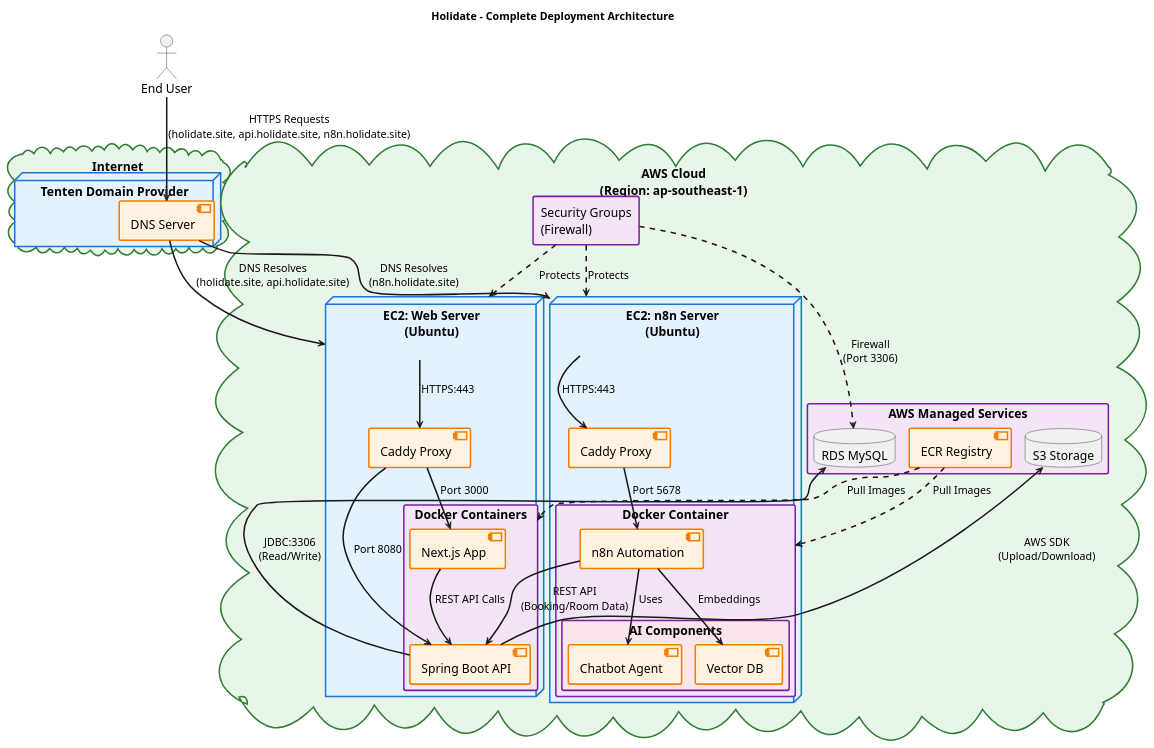
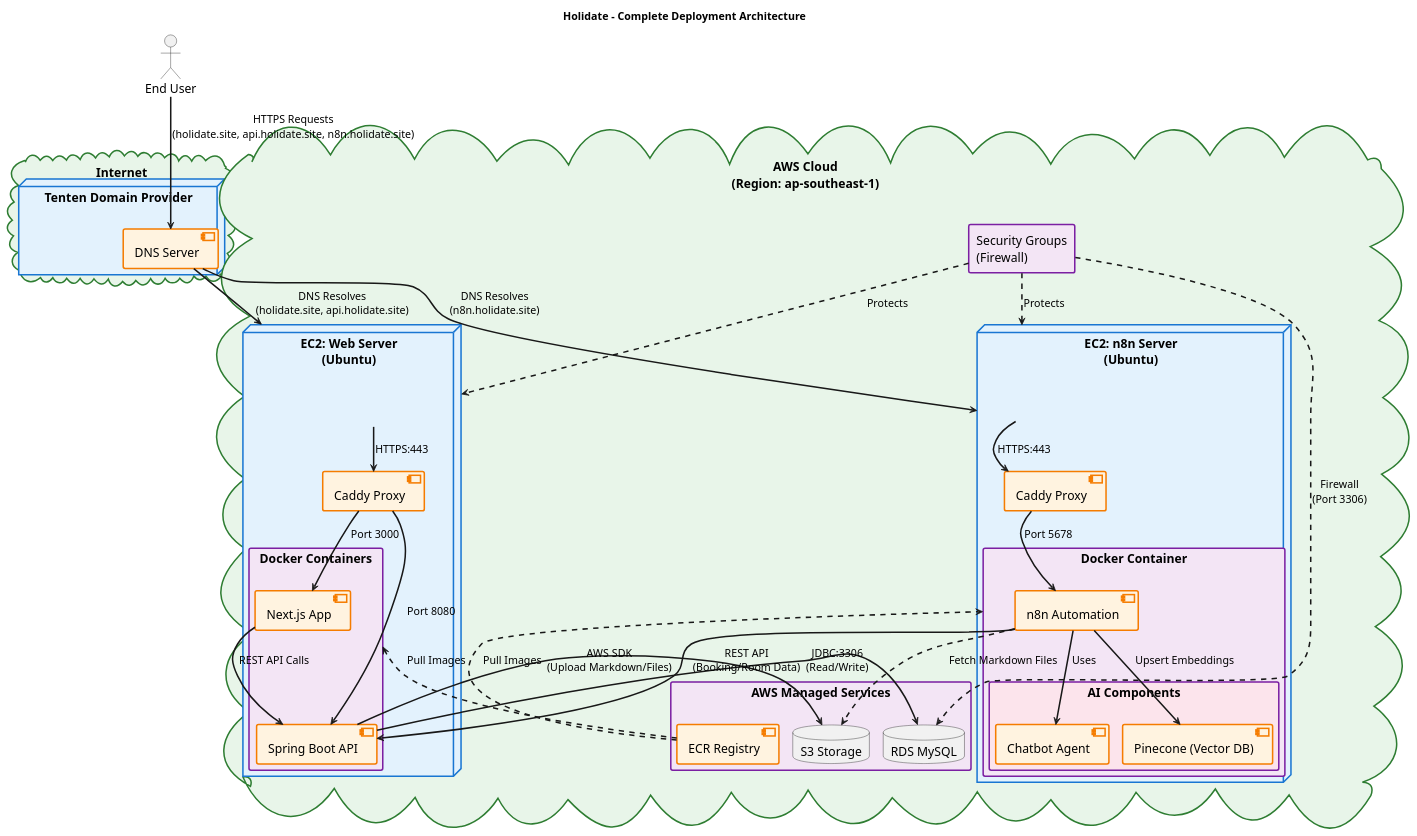
The diagram in deployment-diagram.puml (decoutkhanqindev/holidate-nestjs-springboot-aws), drawn with PlantUML before and after one commit.

Commit message:
Refactor deployment diagram: Clarify component names and descriptions, including renaming "Vector DB" to "Pinecone (Vector DB)" and updating S3Bucket interactions to specify Markdown file handling.

```diff
--- a/deployment-diagram.puml
+++ b/deployment-diagram.puml
@@ -1,145 +1,148 @@
 @startuml
 !pragma layout smetana
 
 title Holidate - Complete Deployment Architecture
 top to bottom direction
 
 '===============================================
 ' STYLING - OPTIMIZED FOR PRESENTATIONS
 '===============================================
 skinparam defaultFontSize 16
 skinparam ArrowFontSize 14
 skinparam shadowing false
 skinparam ArrowThickness 2
 
 skinparam cloud {
     BackgroundColor #E8F5E9
     BorderColor #2E7D32
     BorderThickness 2
 }
 
 skinparam node {
     BackgroundColor #E3F2FD
     BorderColor #1976D2
     BorderThickness 2
     FontSize 16
 }
 
 skinparam component {
     BackgroundColor #FFF3E0
     BorderColor #F57C00
     BorderThickness 2
     FontSize 16
 }
 
 skinparam rectangle {
     BackgroundColor #F3E5F5
     BorderColor #7B1FA2
     BorderThickness 2
 }
 
 '===============================================
 ' EXTERNAL LAYER
 '===============================================
 actor "End User" as User
 
 cloud "Internet" as Internet {
     node "Tenten Domain Provider" as DomainProvider {
         component "DNS Server" as DNS
     }
 }
 
 '===============================================
 ' AWS CLOUD INFRASTRUCTURE
 '===============================================
 cloud "AWS Cloud\n(Region: ap-southeast-1)" as AWSCloud {
     
     '-------------------------------------------
     ' AWS MANAGED SERVICES
     '-------------------------------------------
     rectangle "AWS Managed Services" as AWSServices {
         database "S3 Storage" as S3Bucket
         database "RDS MySQL" as RDSDatabase
         component "ECR Registry" as ECRRegistry
     }
     
     '-------------------------------------------
     ' SECURITY GROUPS
     '-------------------------------------------
     rectangle "Security Groups\n(Firewall)" as SecurityGroups
     
     '-------------------------------------------
     ' EC2 INSTANCE 1: WEB SERVER
     '-------------------------------------------
     node "EC2: Web Server\n(Ubuntu)" as WebServer {
         
         component "Caddy Proxy" as CaddyWeb
         
         rectangle "Docker Containers" as WebContainers {
             component "Next.js App" as Frontend
             component "Spring Boot API" as Backend
         }
     }
     
     '-------------------------------------------
     ' EC2 INSTANCE 2: N8N SERVER
     '-------------------------------------------
     node "EC2: n8n Server\n(Ubuntu)" as N8NServer {
         
         component "Caddy Proxy" as CaddyN8N
         
         rectangle "Docker Container" as N8NContainer {
             component "n8n Automation" as N8N
             
             rectangle "AI Components" as AIComponents #FCE4EC {
                 component "Chatbot Agent" as Chatbot
-                component "Vector DB" as VectorDB
+                component "Pinecone (Vector DB)" as VectorDB
             }
         }
     }
 }
 
 '===============================================
 ' RELATIONSHIPS & DATA FLOW
 '===============================================
 
 '--- User to DNS ---
 User --> DNS : HTTPS Requests\n(holidate.site, api.holidate.site, n8n.holidate.site)
 
 '--- DNS to Servers ---
 DNS --> WebServer : DNS Resolves\n(holidate.site, api.holidate.site)
 DNS --> N8NServer : DNS Resolves\n(n8n.holidate.site)
 
 '--- Security Groups Protection ---
 SecurityGroups ..> RDSDatabase : Firewall\n(Port 3306)
 SecurityGroups ..> WebServer : Protects
 SecurityGroups ..> N8NServer : Protects
 
 '--- Web Server Internal Routing ---
 WebServer --> CaddyWeb : HTTPS:443
 CaddyWeb --> Frontend : Port 3000
 CaddyWeb --> Backend : Port 8080
 
 '--- Frontend to Backend Communication ---
 Frontend --> Backend : REST API Calls
 
 '--- n8n Server Internal Routing ---
 N8NServer --> CaddyN8N : HTTPS:443
 CaddyN8N --> N8N : Port 5678
 
 '--- Backend to AWS Services ---
 Backend --> RDSDatabase : JDBC:3306\n(Read/Write)
-Backend --> S3Bucket : AWS SDK\n(Upload/Download)
+Backend --> S3Bucket : AWS SDK\n(Upload Markdown/Files)
+
+'--- n8n to AWS S3 (RAG Workflow) ---
+N8N ..> S3Bucket : Fetch Markdown Files
 
 '--- Cross-Server Communication ---
 N8N --> Backend : REST API\n(Booking/Room Data)
 
 '--- n8n Internal Components ---
 N8N --> Chatbot : Uses
-N8N --> VectorDB : Embeddings
+N8N --> VectorDB : Upsert Embeddings
 
 '--- AWS ECR to Docker Containers ---
 ECRRegistry ..> WebContainers : Pull Images
 ECRRegistry ..> N8NContainer : Pull Images
 
 @enduml
```
